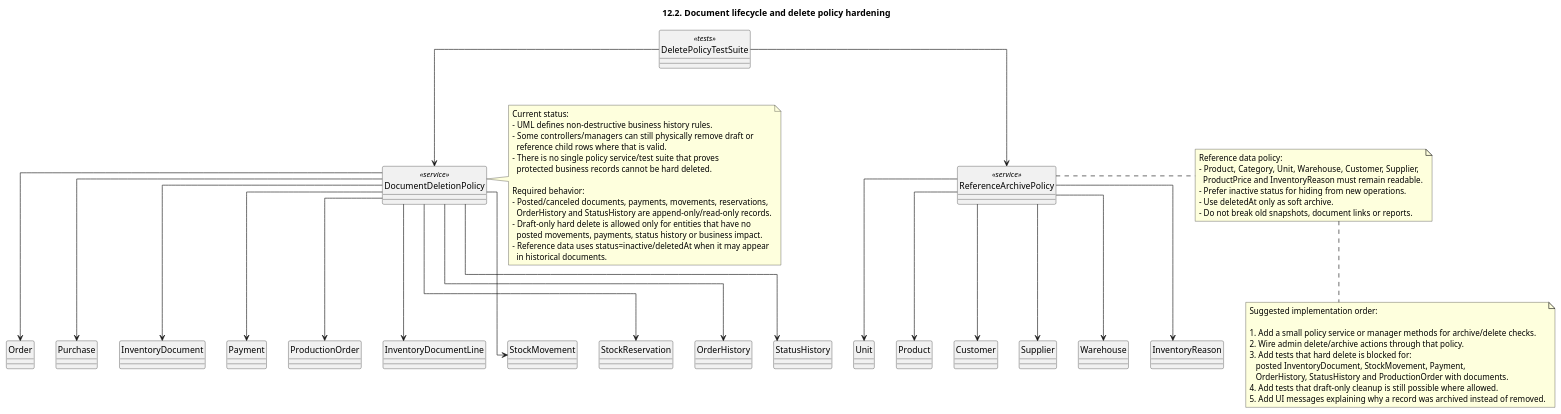
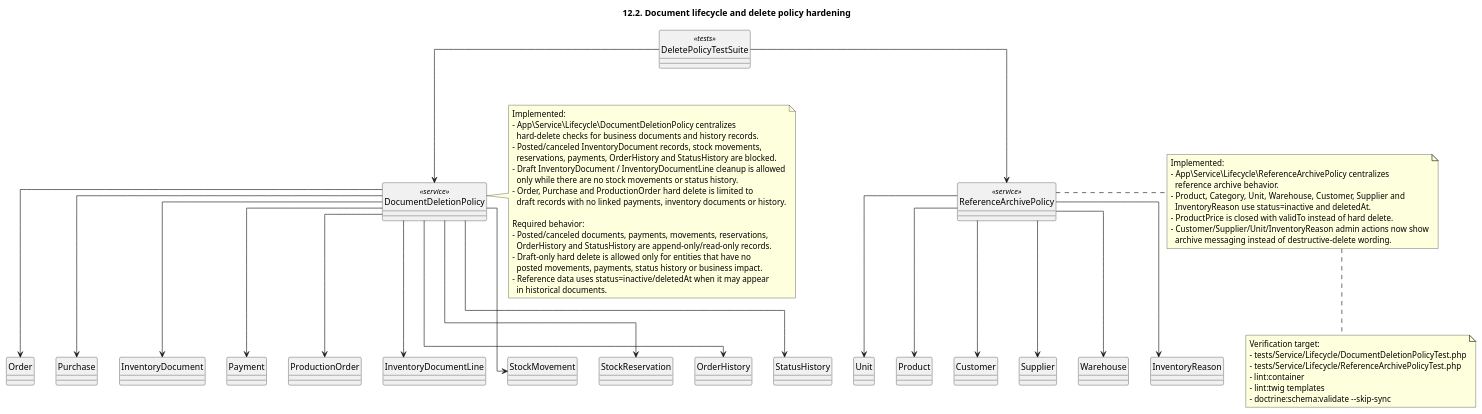
One commit to Tolik1794/shop changed the diagram in src/Uml/implementation/12.2_Document_Lifecycle_And_Delete_Policy_Hardening.puml. Above: the diagram before and after it, drawn with PlantUML. The commit also changed 13 other files, not shown here.

Commit message:
Implement document lifecycle and reference archive policies with tests and UI updates

```diff
--- a/src/Uml/implementation/12.2_Document_Lifecycle_And_Delete_Policy_Hardening.puml
+++ b/src/Uml/implementation/12.2_Document_Lifecycle_And_Delete_Policy_Hardening.puml
@@ -1,80 +1,82 @@
 @startuml
 
 title 12.2. Document lifecycle and delete policy hardening
 
 hide circle
 skinparam linetype ortho
 
 entity Order
 entity Purchase
 entity InventoryDocument
 entity Payment
 entity ProductionOrder
 entity InventoryDocumentLine
 entity StockMovement
 entity StockReservation
 entity OrderHistory
 entity StatusHistory
 
 class DocumentDeletionPolicy <<service>>
 class ReferenceArchivePolicy <<service>>
 class DeletePolicyTestSuite <<tests>>
 
 DocumentDeletionPolicy --> Order
 DocumentDeletionPolicy --> Purchase
 DocumentDeletionPolicy --> InventoryDocument
 DocumentDeletionPolicy --> Payment
 DocumentDeletionPolicy --> ProductionOrder
 DocumentDeletionPolicy --> InventoryDocumentLine
 DocumentDeletionPolicy --> StockMovement
 DocumentDeletionPolicy --> StockReservation
 DocumentDeletionPolicy --> OrderHistory
 DocumentDeletionPolicy --> StatusHistory
 ReferenceArchivePolicy --> Unit
 ReferenceArchivePolicy --> Product
 ReferenceArchivePolicy --> Customer
 ReferenceArchivePolicy --> Supplier
 ReferenceArchivePolicy --> Warehouse
 ReferenceArchivePolicy --> InventoryReason
 DeletePolicyTestSuite --> DocumentDeletionPolicy
 DeletePolicyTestSuite --> ReferenceArchivePolicy
 
 note right of DocumentDeletionPolicy
-  Current status:
-  - UML defines non-destructive business history rules.
-  - Some controllers/managers can still physically remove draft or
-    reference child rows where that is valid.
-  - There is no single policy service/test suite that proves
-    protected business records cannot be hard deleted.
+  Implemented:
+  - App\Service\Lifecycle\DocumentDeletionPolicy centralizes
+    hard-delete checks for business documents and history records.
+  - Posted/canceled InventoryDocument records, stock movements,
+    reservations, payments, OrderHistory and StatusHistory are blocked.
+  - Draft InventoryDocument / InventoryDocumentLine cleanup is allowed
+    only while there are no stock movements or status history.
+  - Order, Purchase and ProductionOrder hard delete is limited to
+    draft records with no linked payments, inventory documents or history.
 
   Required behavior:
   - Posted/canceled documents, payments, movements, reservations,
     OrderHistory and StatusHistory are append-only/read-only records.
   - Draft-only hard delete is allowed only for entities that have no
     posted movements, payments, status history or business impact.
   - Reference data uses status=inactive/deletedAt when it may appear
     in historical documents.
 end note
 
 note right of ReferenceArchivePolicy
-  Reference data policy:
-  - Product, Category, Unit, Warehouse, Customer, Supplier,
-    ProductPrice and InventoryReason must remain readable.
-  - Prefer inactive status for hiding from new operations.
-  - Use deletedAt only as soft archive.
-  - Do not break old snapshots, document links or reports.
+  Implemented:
+  - App\Service\Lifecycle\ReferenceArchivePolicy centralizes
+    reference archive behavior.
+  - Product, Category, Unit, Warehouse, Customer, Supplier and
+    InventoryReason use status=inactive and deletedAt.
+  - ProductPrice is closed with validTo instead of hard delete.
+  - Customer/Supplier/Unit/InventoryReason admin actions now show
+    archive messaging instead of destructive-delete wording.
 end note
 
 note bottom
-  Suggested implementation order:
-
-  1. Add a small policy service or manager methods for archive/delete checks.
-  2. Wire admin delete/archive actions through that policy.
-  3. Add tests that hard delete is blocked for:
-     posted InventoryDocument, StockMovement, Payment,
-     OrderHistory, StatusHistory and ProductionOrder with documents.
-  4. Add tests that draft-only cleanup is still possible where allowed.
-  5. Add UI messages explaining why a record was archived instead of removed.
+  Verification target:
+  - tests/Service/Lifecycle/DocumentDeletionPolicyTest.php
+  - tests/Service/Lifecycle/ReferenceArchivePolicyTest.php
+  - lint:container
+  - lint:twig templates
+  - doctrine:schema:validate --skip-sync
 end note
 
 @enduml
```
